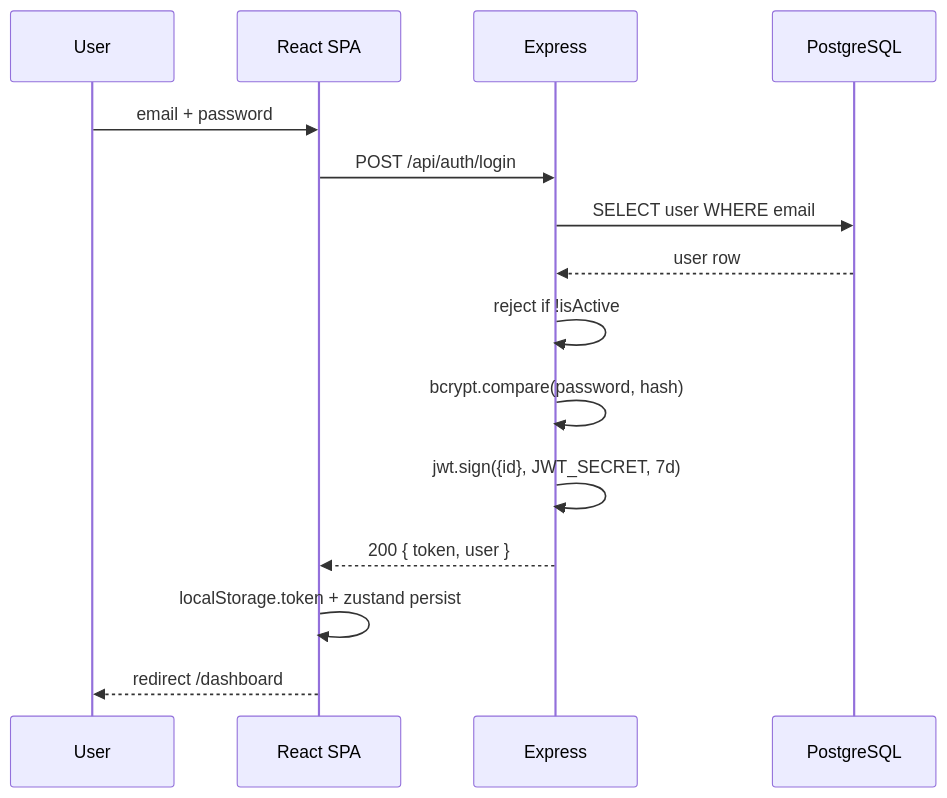
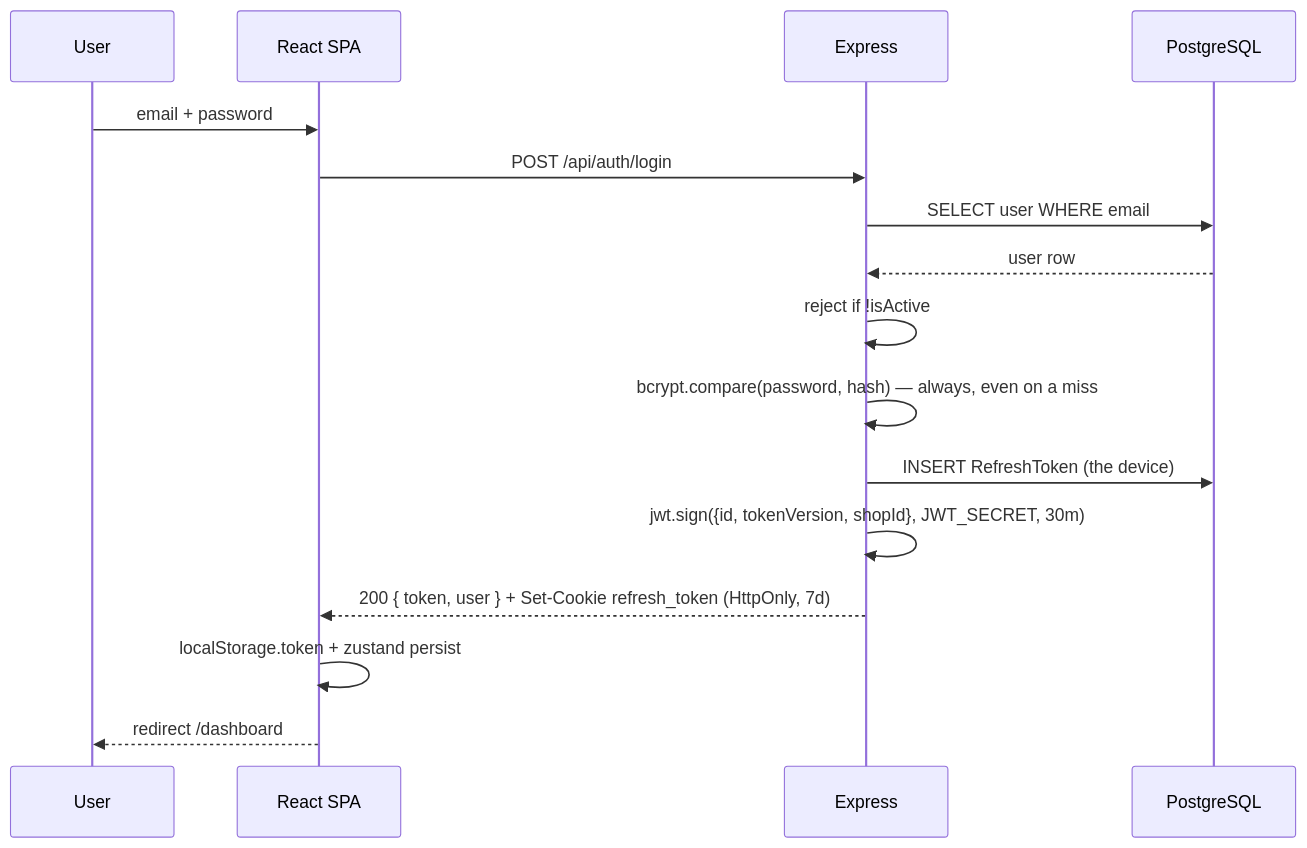
The third of 4 diagrams in docs/02-architecture.md (adarsh0707-kumar/medical-billing), drawn with Mermaid before and after one commit. The commit also changed other lines of this file and 15 other files, not shown here.

````diff
--- a/docs/02-architecture.md
+++ b/docs/02-architecture.md
@@ -261,18 +270,19 @@
 ```mermaid
 sequenceDiagram
     participant U as User
     participant SPA as React SPA
     participant API as Express
     participant DB as PostgreSQL
 
     U->>SPA: email + password
     SPA->>API: POST /api/auth/login
     API->>DB: SELECT user WHERE email
     DB-->>API: user row
     API->>API: reject if !isActive
-    API->>API: bcrypt.compare(password, hash)
-    API->>API: jwt.sign({id}, JWT_SECRET, 7d)
-    API-->>SPA: 200 { token, user }
+    API->>API: bcrypt.compare(password, hash) — always, even on a miss
+    API->>DB: INSERT RefreshToken (the device)
+    API->>API: jwt.sign({id, tokenVersion, shopId}, JWT_SECRET, 30m)
+    API-->>SPA: 200 { token, user } + Set-Cookie refresh_token (HttpOnly, 7d)
     SPA->>SPA: localStorage.token + zustand persist
     SPA-->>U: redirect /dashboard
 ```
````
